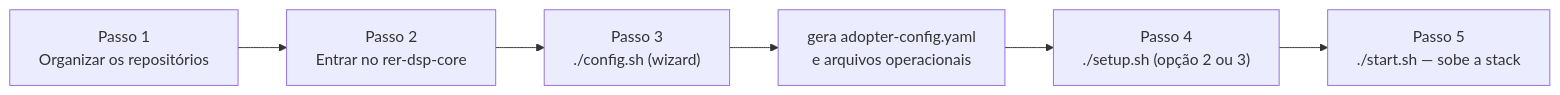
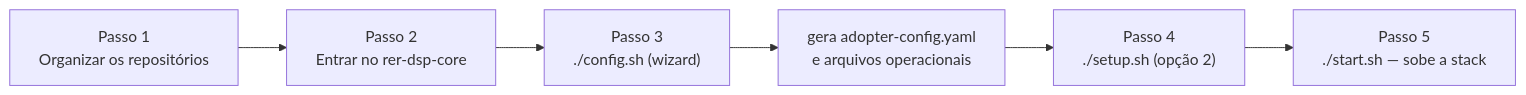
The diagram in docs/guides/full-installation.md (kleber-albino/rer-dsp-docs), drawn with Mermaid before and after one commit. The commit also changed other lines of this file and 14 other files, not shown here.

````diff
--- a/docs/guides/full-installation.md
+++ b/docs/guides/full-installation.md
@@ -20,8 +20,8 @@
 ```mermaid
 flowchart LR
   r["Passo 1<br/>Organizar os repositórios"] --> e["Passo 2<br/>Entrar no rer-dsp-core"]
   e --> a["Passo 3<br/>./config.sh (wizard)"]
   a --> b["gera adopter-config.yaml<br/>e arquivos operacionais"]
-  b --> c["Passo 4<br/>./setup.sh (opção 2 ou 3)"]
+  b --> c["Passo 4<br/>./setup.sh (opção 2)"]
   c --> d["Passo 5<br/>./start.sh — sobe a stack"]
 ```
````
